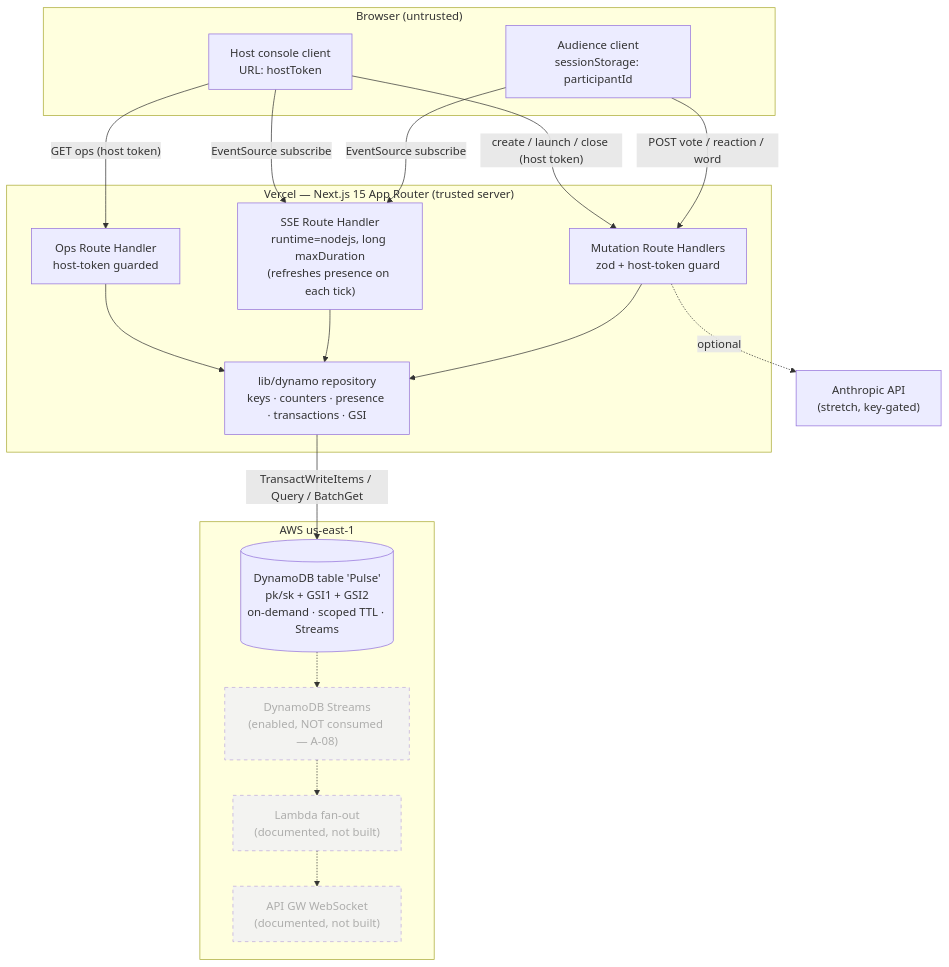
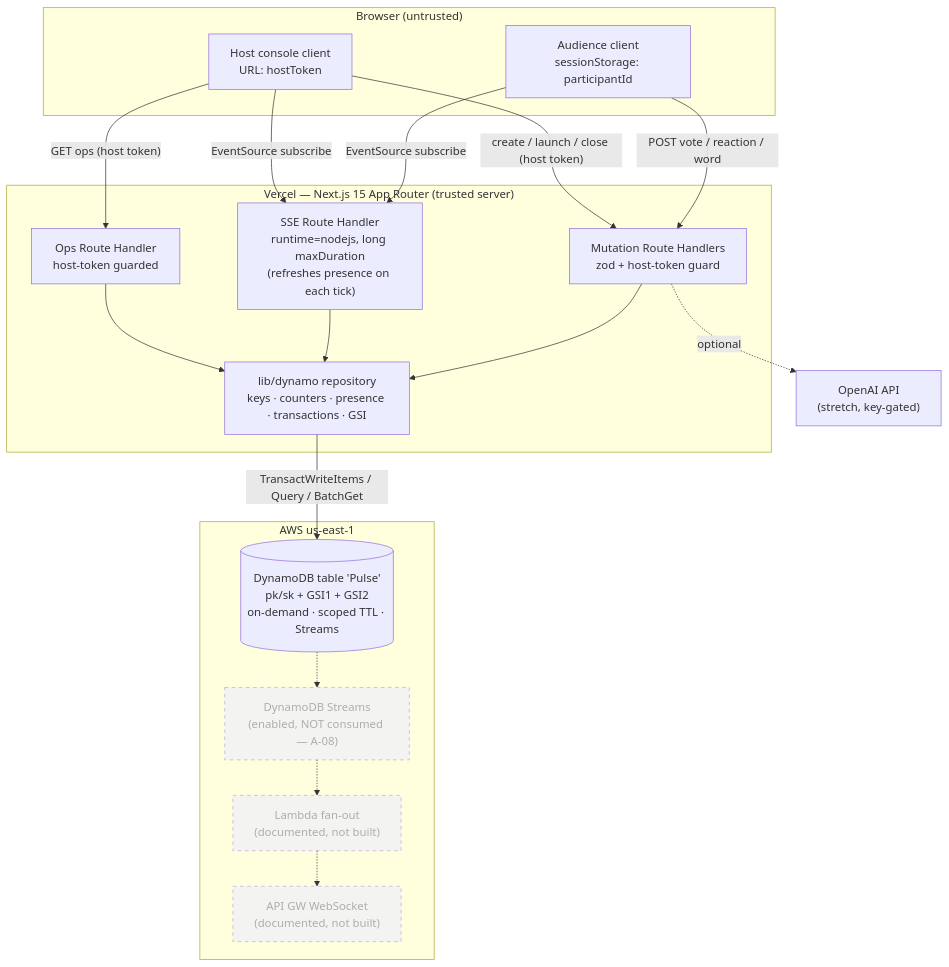
One commit to SebAustin/pulse changed the first of 2 diagrams in PLAN.md. Above: the diagram before and after it, drawn with Mermaid. The commit also changed other lines of this file and 14 other files, not shown here.

First line of the commit message:
feat(ai): swap optional AI assist from Anthropic to OpenAI

````diff
--- a/PLAN.md
+++ b/PLAN.md
@@ -50,39 +50,39 @@
 ```mermaid
 flowchart TB
   subgraph Browser["Browser (untrusted)"]
     AUD["Audience client<br/>sessionStorage: participantId"]
     HOST["Host console client<br/>URL: hostToken"]
   end
 
   subgraph Vercel["Vercel — Next.js 15 App Router (trusted server)"]
     RH_MUT["Mutation Route Handlers<br/>zod + host-token guard"]
     RH_SSE["SSE Route Handler<br/>runtime=nodejs, long maxDuration<br/>(refreshes presence on each tick)"]
     RH_OPS["Ops Route Handler<br/>host-token guarded"]
     REPO["lib/dynamo repository<br/>keys · counters · presence · transactions · GSI"]
   end
 
   subgraph AWS["AWS us-east-1"]
     DDB[("DynamoDB table 'Pulse'<br/>pk/sk + GSI1 + GSI2<br/>on-demand · scoped TTL · Streams")]
     STREAM["DynamoDB Streams<br/>(enabled, NOT consumed — A-08)"]
     LAMBDA["Lambda fan-out<br/>(documented, not built)"]
     WS["API GW WebSocket<br/>(documented, not built)"]
   end
 
-  ANT["Anthropic API<br/>(stretch, key-gated)"]
+  ANT["OpenAI API<br/>(stretch, key-gated)"]
 
   AUD -->|"POST vote / reaction / word"| RH_MUT
   HOST -->|"create / launch / close (host token)"| RH_MUT
   HOST -->|"GET ops (host token)"| RH_OPS
   AUD -->|"EventSource subscribe"| RH_SSE
   HOST -->|"EventSource subscribe"| RH_SSE
   RH_MUT --> REPO
   RH_SSE --> REPO
   RH_OPS --> REPO
   REPO -->|"TransactWriteItems / Query / BatchGet"| DDB
   DDB -.-> STREAM
   STREAM -.-> LAMBDA -.-> WS
   RH_MUT -.->|"optional"| ANT
 
   classDef notbuilt stroke-dasharray:5 5,opacity:0.6;
   class STREAM,LAMBDA,WS notbuilt;
 ```
````
